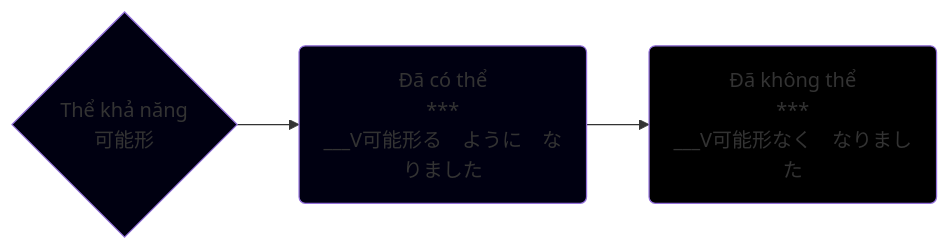
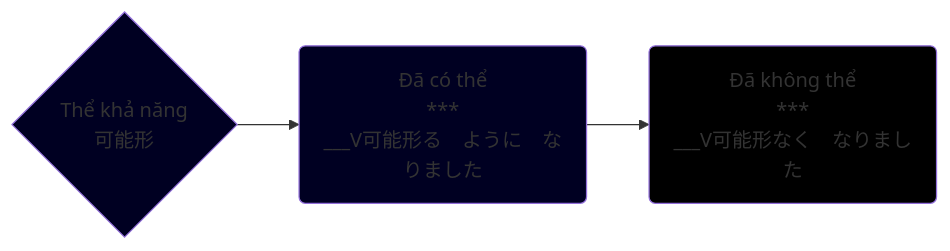
The diagram in The/可能形.md (tea1504/learn), drawn with Mermaid before and after one commit. The commit also changed 14 other files, not shown here.

````diff
--- a/The/可能形.md
+++ b/The/可能形.md
@@ -1,11 +1,11 @@
 ```mermaid
 graph LR;
     V{Thể khả năng\n可能形}
 
     V-->daCoThe(Đã có thể\n***\n___V可能形る　ように　なりました)
     daCoThe-->daKhongThe(Đã không thể\n***\n___V可能形なく　なりました)
 
-    style V fill:#001
-    style daCoThe fill:#001
+    style V fill:#002
+    style daCoThe fill:#002
     style daKhongThe fill:#000
 ```
````
